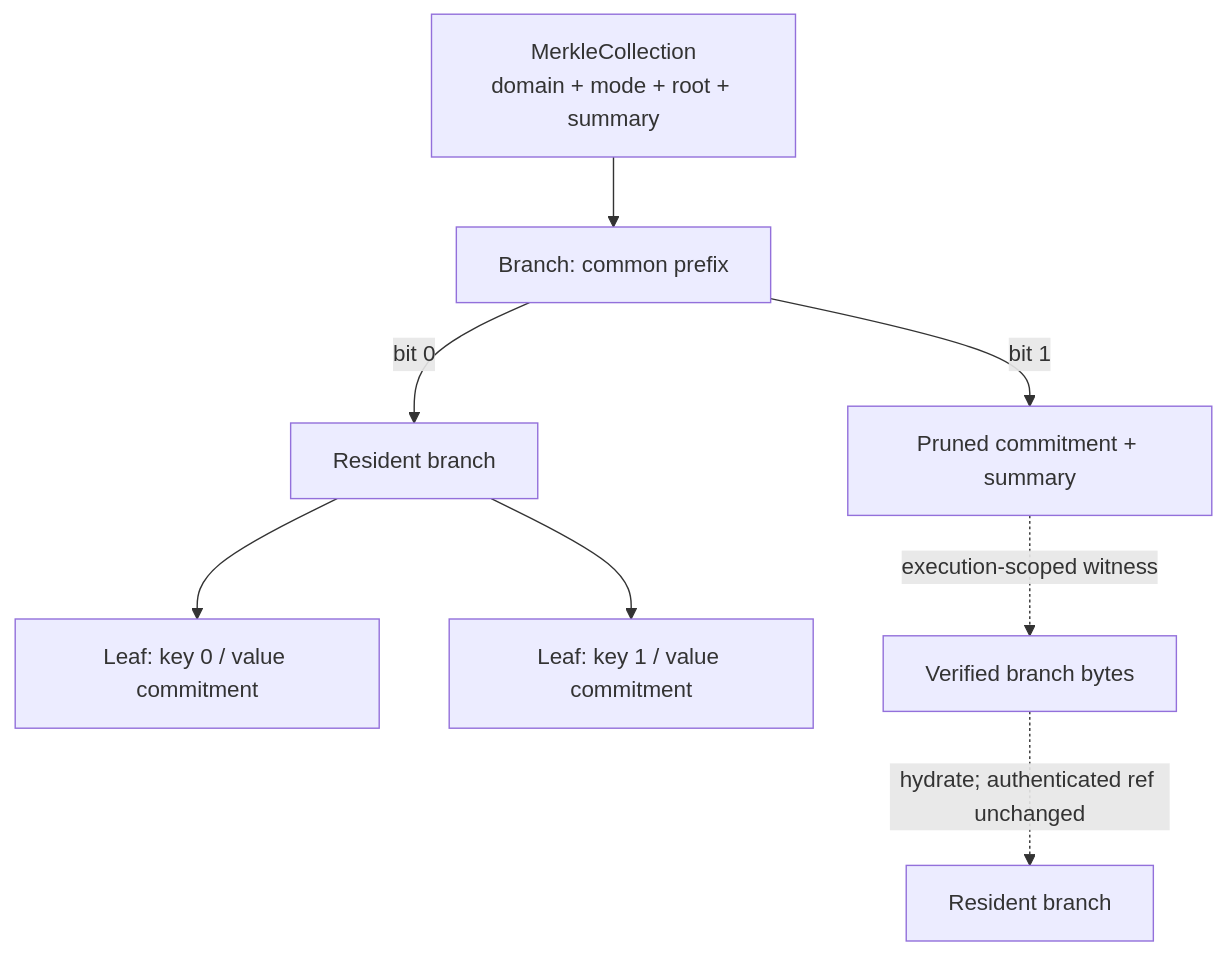
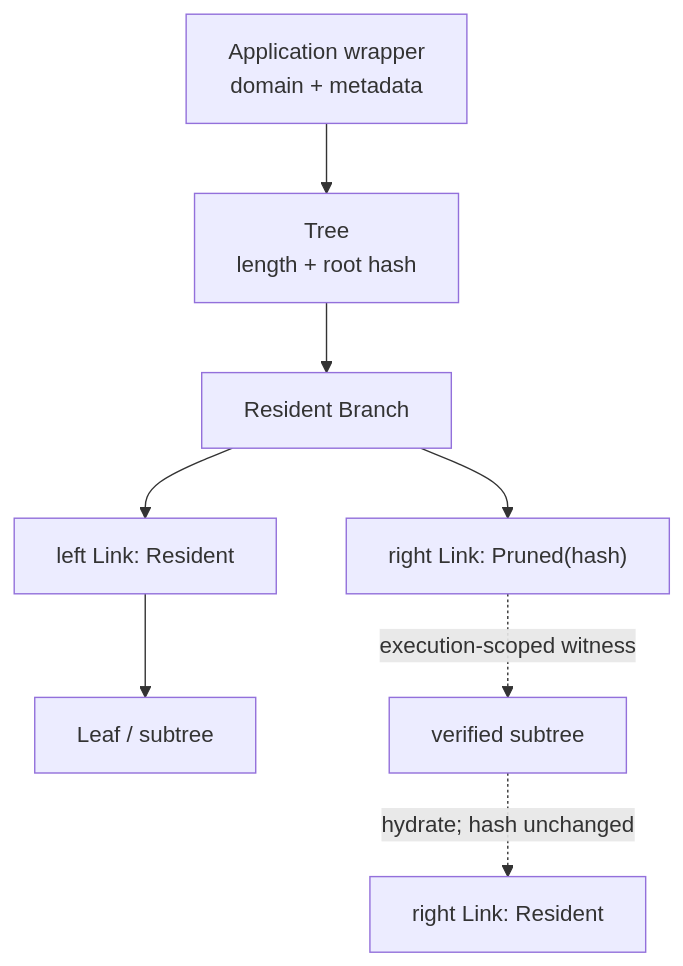
One commit to runflame/flame-lib changed the diagram in docs/compression.md. Above: the diagram before and after it, drawn with Mermaid. The commit also changed other lines of this file, not shown here.

Commit message:
simplify compression tree model

````diff
--- a/docs/compression.md
+++ b/docs/compression.md
@@ -144,11 +107,10 @@
 ```mermaid
 flowchart TD
-    C["MerkleCollection<br/>domain + mode + root + summary"]
-    C --> B["Branch: common prefix"]
-    B -->|"bit 0"| R["Resident branch"]
-    B -->|"bit 1"| P["Pruned commitment + summary"]
-    R --> L0["Leaf: key 0 / value commitment"]
-    R --> L1["Leaf: key 1 / value commitment"]
-    P -. "execution-scoped witness" .-> N["Verified branch bytes"]
-    N -. "hydrate; authenticated ref unchanged" .-> H["Resident branch"]
+    W["Application wrapper<br/>domain + metadata"] --> T["Tree<br/>length + root hash"]
+    T --> B["Resident Branch"]
+    B --> L["left Link: Resident"]
+    B --> P["right Link: Pruned(hash)"]
+    L --> A["Leaf / subtree"]
+    P -. "execution-scoped witness" .-> V["verified subtree"]
+    V -. "hydrate; hash unchanged" .-> R["right Link: Resident"]
 ```
````
